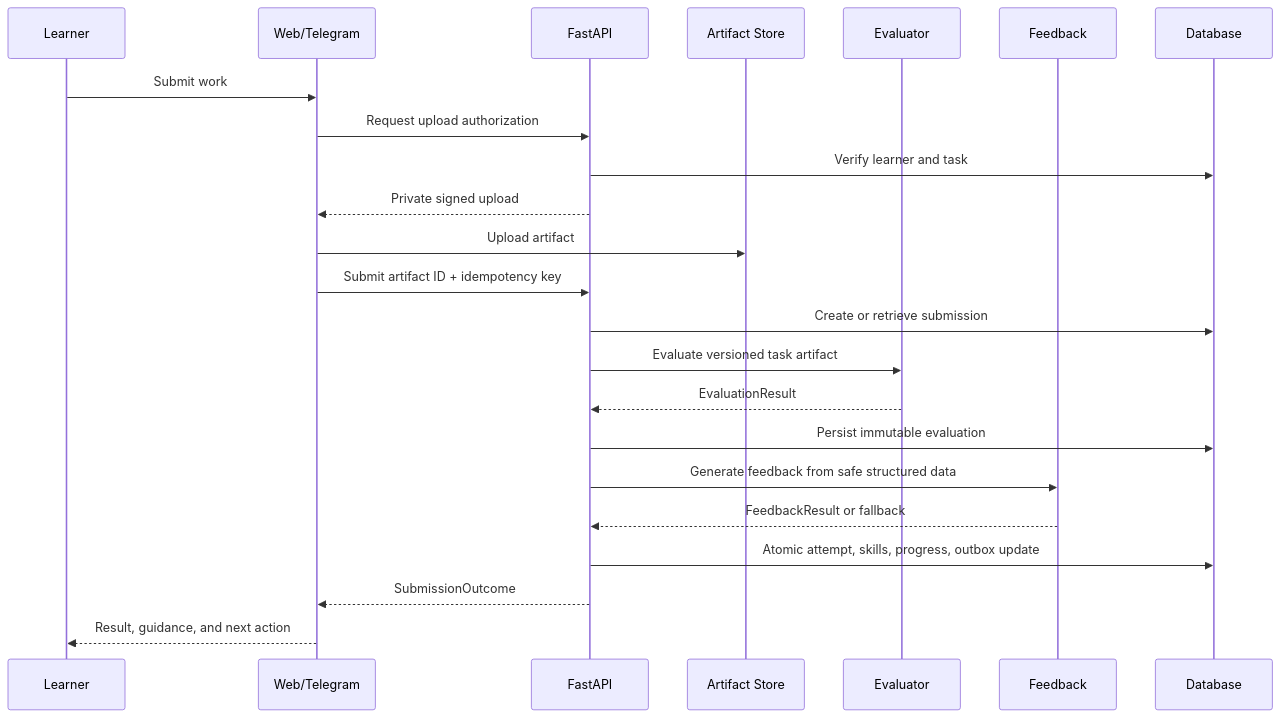
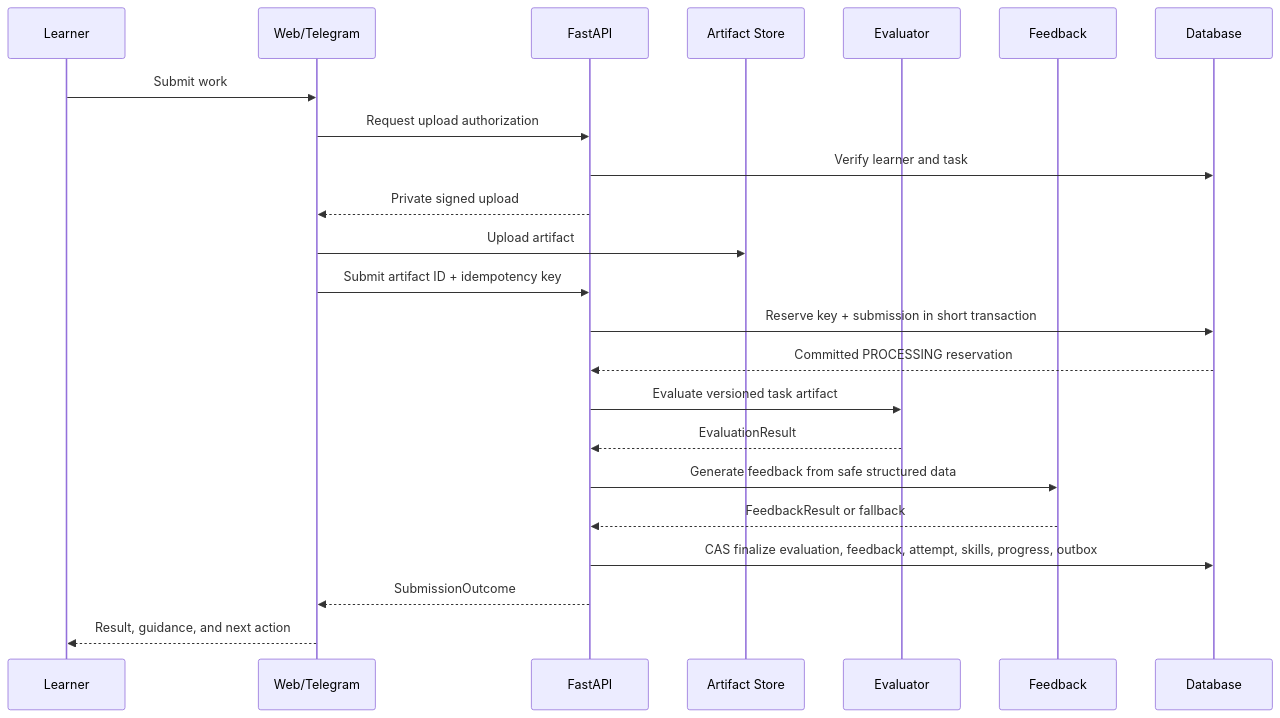
The fourth of 4 diagrams in docs/superpowers/specs/2026-09-20-yom-awel-platform-design.md (Ziad-7/yom-awel), drawn with Mermaid before and after one commit. The commit also changed other lines of this file and 10 other files, not shown here.

Commit message:
docs: harden architecture execution plan

````diff
--- a/docs/superpowers/specs/2026-09-20-yom-awel-platform-design.md
+++ b/docs/superpowers/specs/2026-09-20-yom-awel-platform-design.md
@@ -351,26 +369,26 @@
 ```mermaid
 sequenceDiagram
     participant U as Learner
     participant C as Web/Telegram
     participant A as FastAPI
     participant S as Artifact Store
     participant E as Evaluator
     participant F as Feedback
     participant D as Database
 
     U->>C: Submit work
     C->>A: Request upload authorization
     A->>D: Verify learner and task
     A-->>C: Private signed upload
     C->>S: Upload artifact
     C->>A: Submit artifact ID + idempotency key
-    A->>D: Create or retrieve submission
+    A->>D: Reserve key + submission in short transaction
+    D-->>A: Committed PROCESSING reservation
     A->>E: Evaluate versioned task artifact
     E-->>A: EvaluationResult
-    A->>D: Persist immutable evaluation
     A->>F: Generate feedback from safe structured data
     F-->>A: FeedbackResult or fallback
-    A->>D: Atomic attempt, skills, progress, outbox update
+    A->>D: CAS finalize evaluation, feedback, attempt, skills, progress, outbox
     A-->>C: SubmissionOutcome
     C-->>U: Result, guidance, and next action
 ```
````
